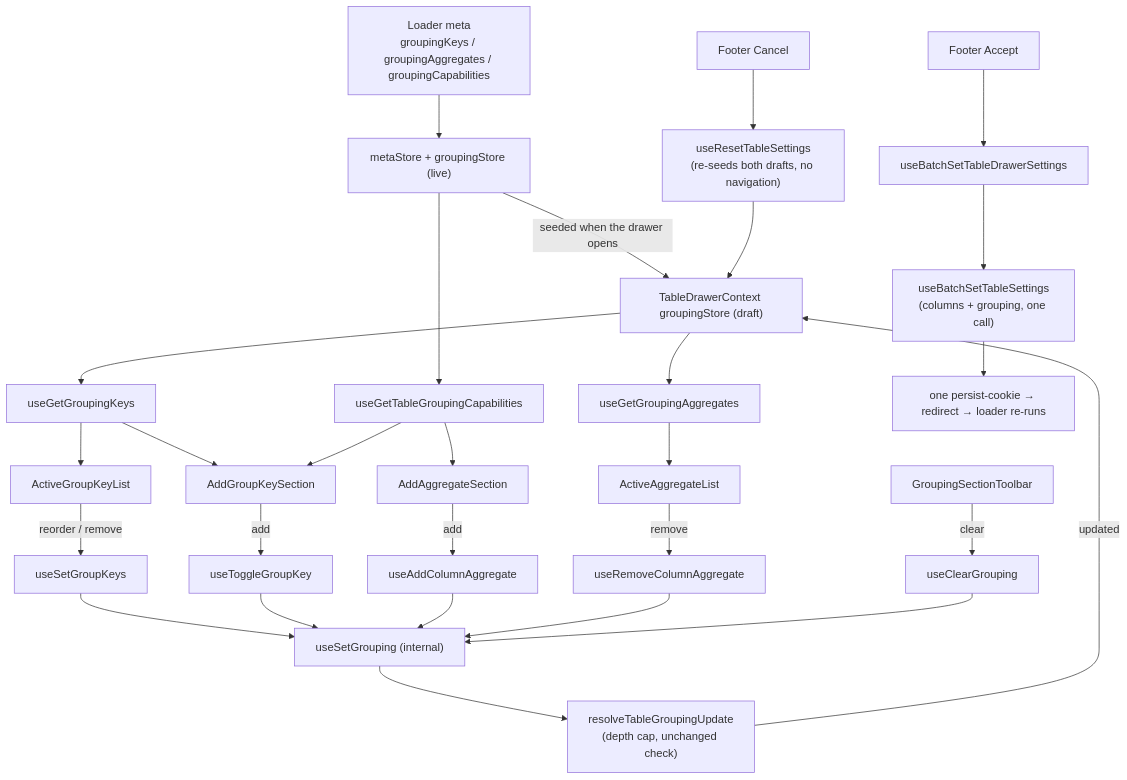
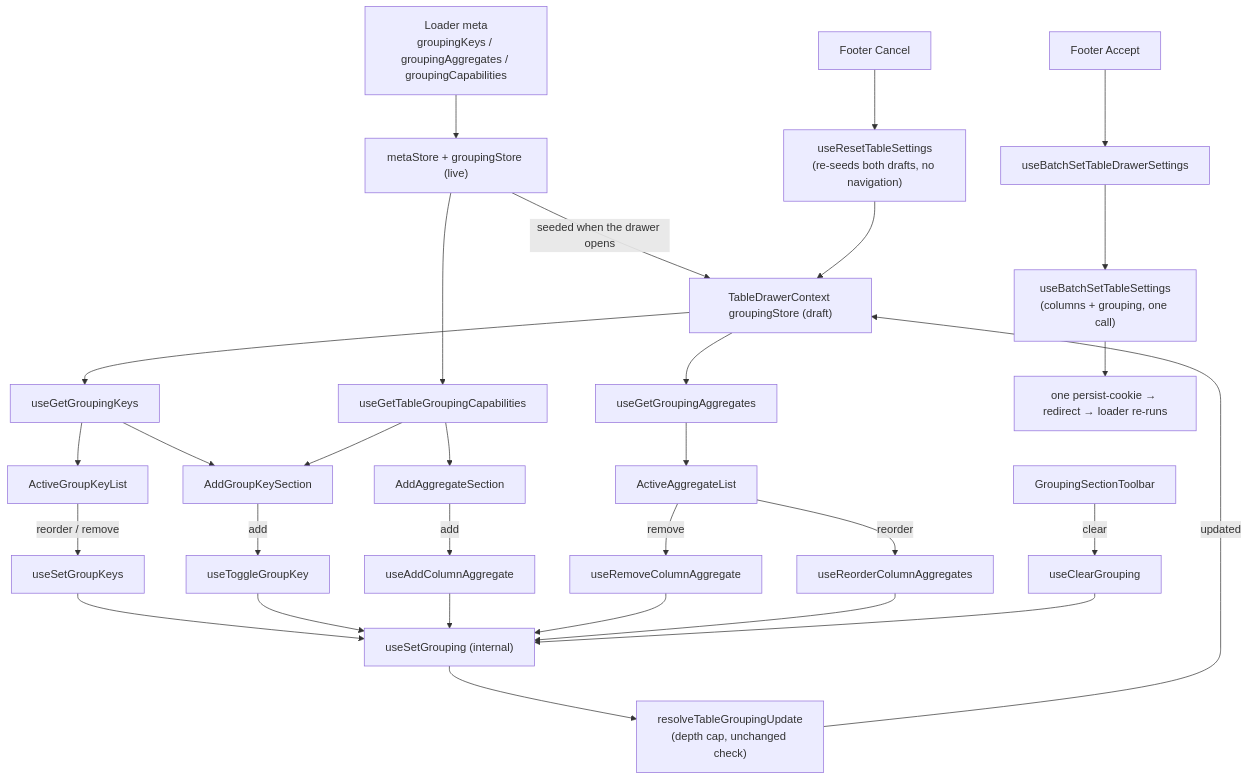
One commit to luciocabrera/lcabrera-stack changed the diagram in packages/ui/src/components/Table/TableSettingsDrawer/GroupingSection/ARCHITECTURE.md. Above: the diagram before and after it, drawn with Mermaid. The commit also changed other lines of this file and 22 other files, not shown here.

````diff
--- a/packages/ui/src/components/Table/TableSettingsDrawer/GroupingSection/ARCHITECTURE.md
+++ b/packages/ui/src/components/Table/TableSettingsDrawer/GroupingSection/ARCHITECTURE.md
@@ -79,34 +80,36 @@
 ```mermaid
 flowchart TD
   A["Loader meta<br/>groupingKeys / groupingAggregates / groupingCapabilities"] --> B["metaStore + groupingStore (live)"]
   B -->|"seeded when the drawer opens"| B2["TableDrawerContext groupingStore (draft)"]
   B2 --> C["useGetGroupingKeys"]
   B2 --> D["useGetGroupingAggregates"]
   B --> E["useGetTableGroupingCapabilities"]
 
   C --> F["ActiveGroupKeyList"]
   C --> G["AddGroupKeySection"]
   D --> H["ActiveAggregateList"]
   E --> I["AddAggregateSection"]
   E --> G
 
   F -->|reorder / remove| J["useSetGroupKeys"]
   G -->|add| K["useToggleGroupKey"]
   H -->|remove| L2["useRemoveColumnAggregate"]
+  H -->|reorder| L3["useReorderColumnAggregates"]
   I -->|add| L["useAddColumnAggregate"]
   M["GroupingSectionToolbar"] -->|clear| N["useClearGrouping"]
 
   J --> O["useSetGrouping (internal)"]
   K --> O
   L --> O
   L2 --> O
+  L3 --> O
   N --> O
   O --> P["resolveTableGroupingUpdate<br/>(depth cap, unchanged check)"]
   P -->|updated| B2
 
   R["Footer Accept"] --> S["useBatchSetTableDrawerSettings"]
   S --> T["useBatchSetTableSettings<br/>(columns + grouping, one call)"]
   T --> U["one persist-cookie → redirect → loader re-runs"]
   V["Footer Cancel"] --> W["useResetTableSettings<br/>(re-seeds both drafts, no navigation)"]
   W --> B2
 ```
````
